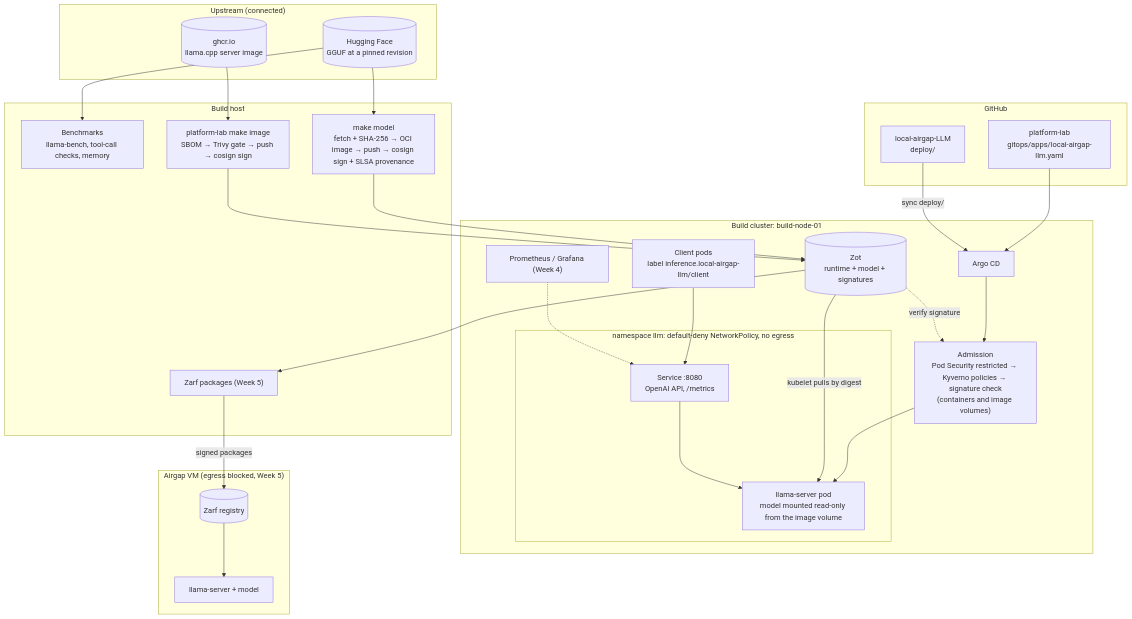
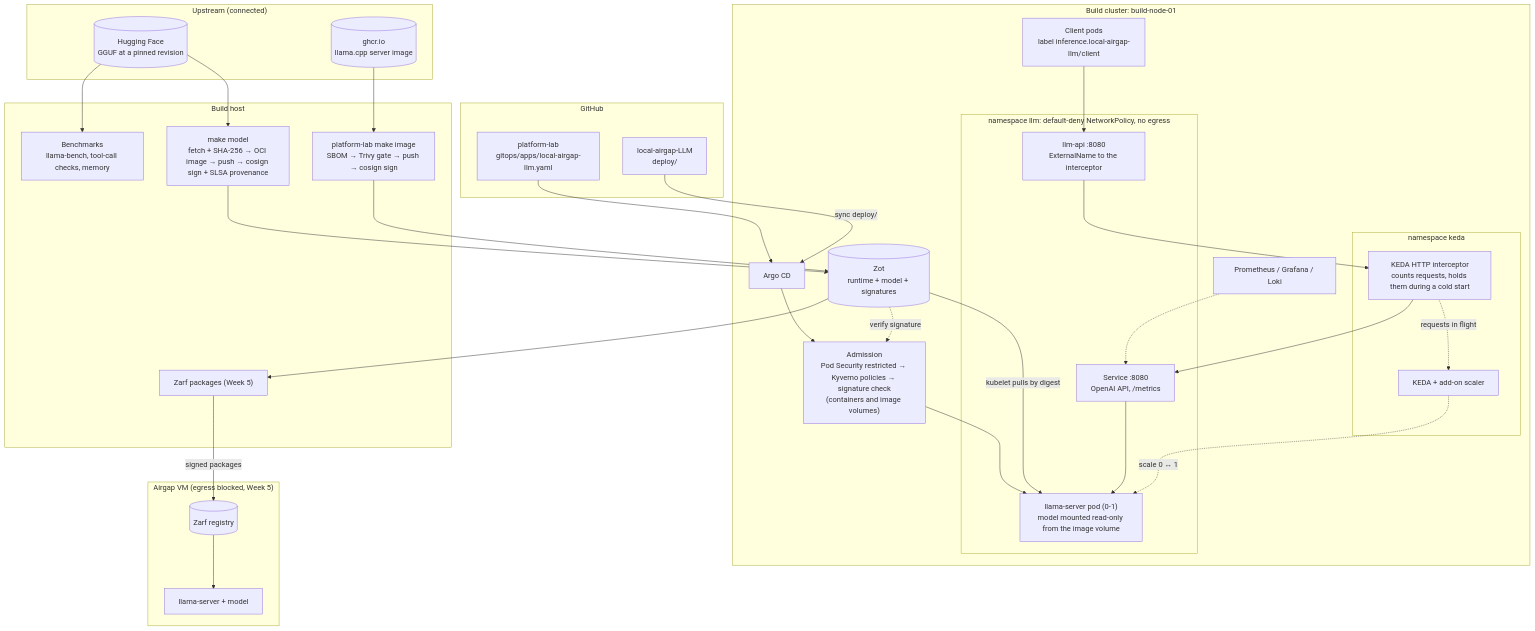
The diagram in docs/stack.md (JGGHalfhide/local-airgap-LLM), drawn with Mermaid before and after one commit. The commit also changed other lines of this file and 9 other files, not shown here.

Commit message:
docs: Week 4 done: scaling and cold start, observability, stack, overview

````diff
--- a/docs/stack.md
+++ b/docs/stack.md
@@ -186,48 +217,55 @@
 ```mermaid
 flowchart TB
   subgraph src["Upstream (connected)"]
     hf[("Hugging Face<br/>GGUF at a pinned revision")]
     ghcr[("ghcr.io<br/>llama.cpp server image")]
   end
 
   subgraph host["Build host"]
     bench["Benchmarks<br/>llama-bench, tool-call checks, memory"]
     model["make model<br/>fetch + SHA-256 → OCI image → push → cosign sign + SLSA provenance"]
     image["platform-lab make image<br/>SBOM → Trivy gate → push → cosign sign"]
     zarf["Zarf packages (Week 5)"]
   end
 
   subgraph gh["GitHub"]
     repo["local-airgap-LLM<br/>deploy/"]
     plrepo["platform-lab<br/>gitops/apps/local-airgap-llm.yaml"]
   end
 
   subgraph bc["Build cluster: build-node-01"]
     zot[("Zot<br/>runtime + model + signatures")]
     argo["Argo CD"]
     adm["Admission<br/>Pod Security restricted → Kyverno policies → signature check<br/>(containers and image volumes)"]
+    subgraph kedans["namespace keda"]
+      icp["KEDA HTTP interceptor<br/>counts requests, holds them during a cold start"]
+      keda["KEDA + add-on scaler"]
+    end
     subgraph llm["namespace llm: default-deny NetworkPolicy, no egress"]
-      pod["llama-server pod<br/>model mounted read-only from the image volume"]
+      api["llm-api :8080<br/>ExternalName to the interceptor"]
+      pod["llama-server pod (0-1)<br/>model mounted read-only from the image volume"]
       svc["Service :8080<br/>OpenAI API, /metrics"]
     end
     client["Client pods<br/>label inference.local-airgap-llm/client"]
-    prom["Prometheus / Grafana (Week 4)"]
+    prom["Prometheus / Grafana / Loki"]
   end
 
   subgraph ag["Airgap VM (egress blocked, Week 5)"]
     zreg[("Zarf registry")]
     pod2["llama-server + model"]
   end
 
   hf --> bench
   hf --> model --> zot
   ghcr --> image --> zot
   plrepo --> argo
   repo -- "sync deploy/" --> argo --> adm
   zot -. "verify signature" .-> adm
   adm --> pod
   zot -- "kubelet pulls by digest" --> pod
-  client --> svc --> pod
+  client --> api --> icp --> svc --> pod
+  icp -. "requests in flight" .-> keda
+  keda -. "scale 0 ↔ 1" .-> pod
   prom -.-> svc
   zot --> zarf -- "signed packages" --> zreg --> pod2
 ```
````
